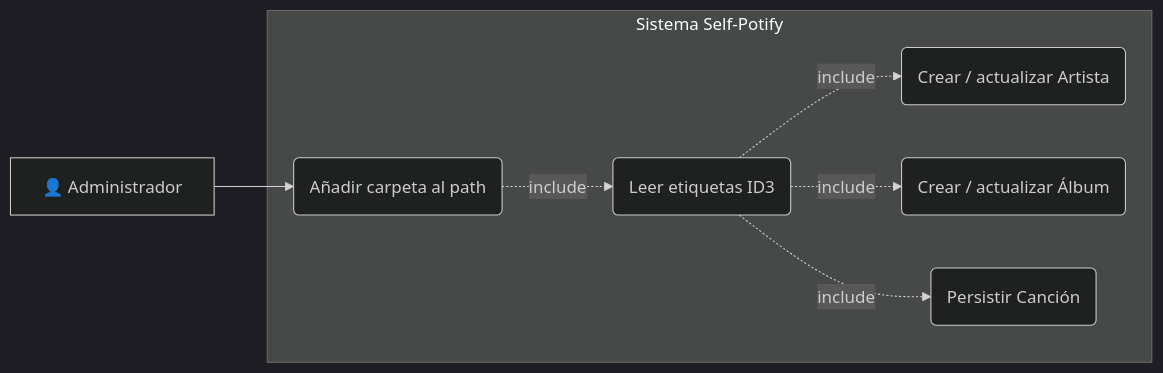
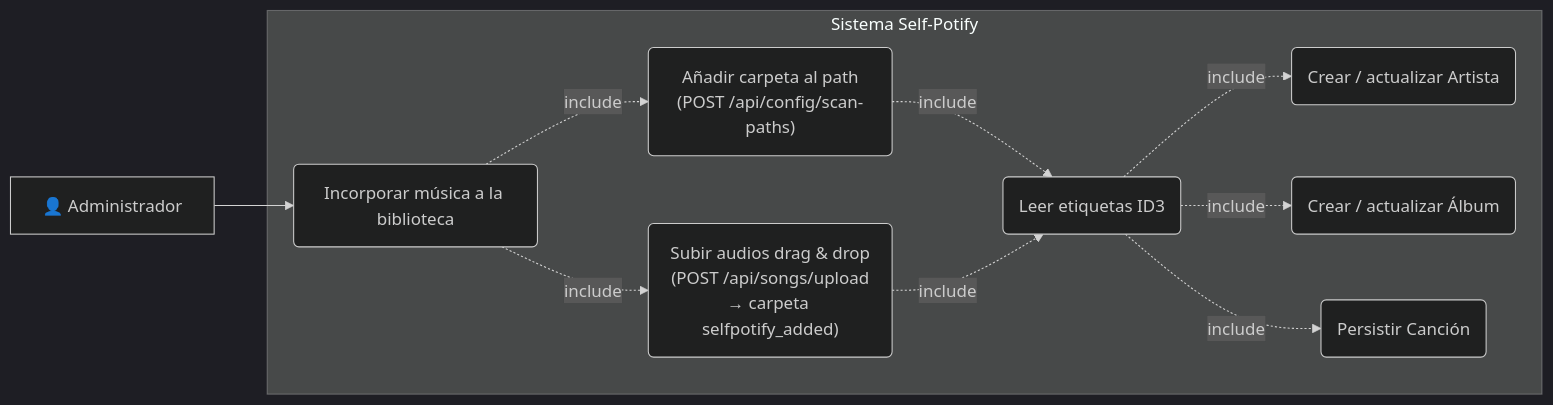
Diagram 13 of 29 in README.md (conguchu/selfpotify), drawn with Mermaid (dark theme) before and after one commit. The commit also changed other lines of this file, not shown here.

First line of the commit message:
(doc) casos de uso panel admin: subida drag&drop en UC1, UC12 catalogo de canciones y UC13 cambio de rol

````diff
--- a/README.md
+++ b/README.md
@@ -796,18 +796,23 @@
 ```mermaid
 graph LR
     Admin["👤 Administrador"]
 
     subgraph Sistema Self-Potify
-        UC1("Añadir carpeta al path")
+        UC1("Incorporar música a la biblioteca")
+        UC1f("Añadir carpeta al path<br/>(POST /api/config/scan-paths)")
+        UC1g("Subir audios drag & drop<br/>(POST /api/songs/upload<br/>→ carpeta selfpotify_added)")
         UC1a("Leer etiquetas ID3")
         UC1b("Crear / actualizar Artista")
         UC1c("Crear / actualizar Álbum")
         UC1d("Persistir Canción")
     end
 
     Admin --> UC1
-    UC1 -.->|include| UC1a
+    UC1 -.->|include| UC1f
+    UC1 -.->|include| UC1g
+    UC1f -.->|include| UC1a
+    UC1g -.->|include| UC1a
     UC1a -.->|include| UC1b
     UC1a -.->|include| UC1c
     UC1a -.->|include| UC1d
 ```
````
